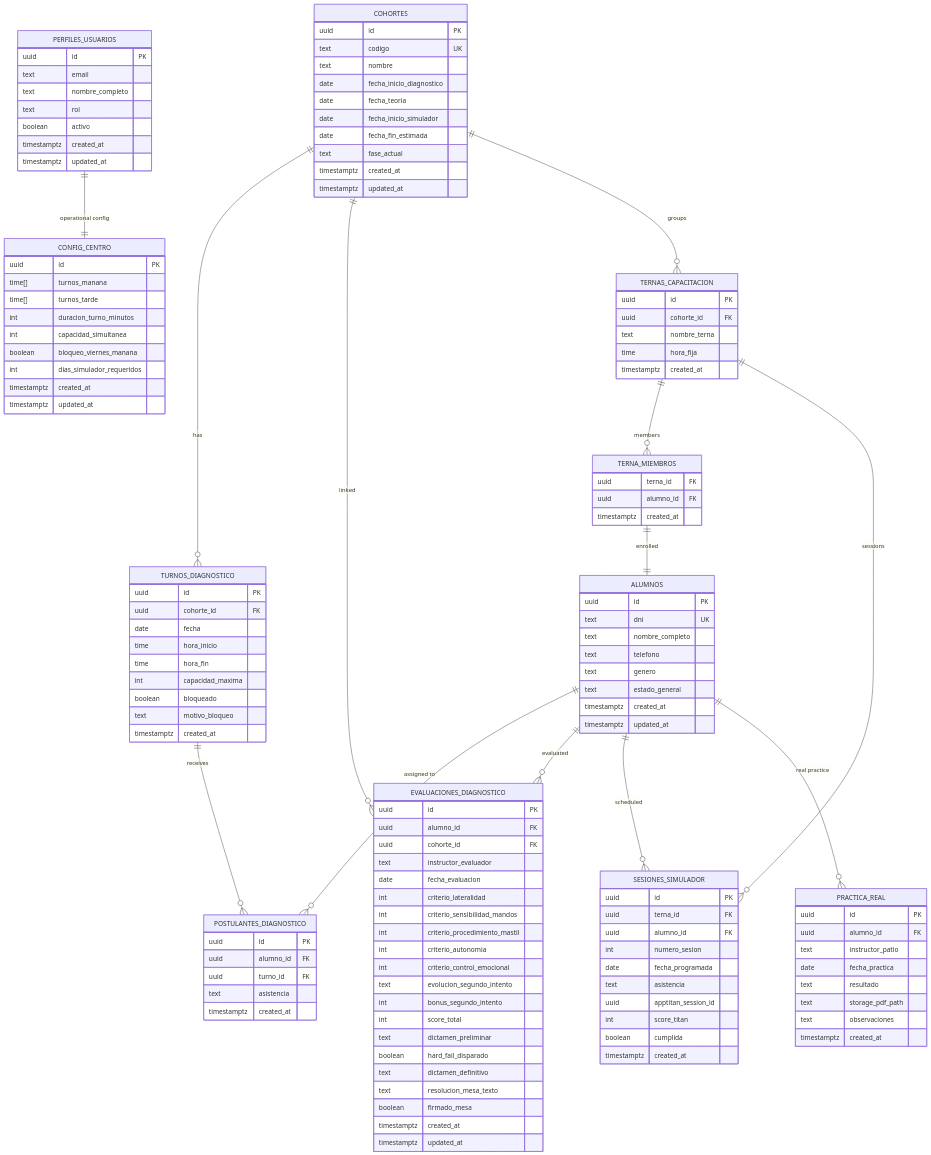
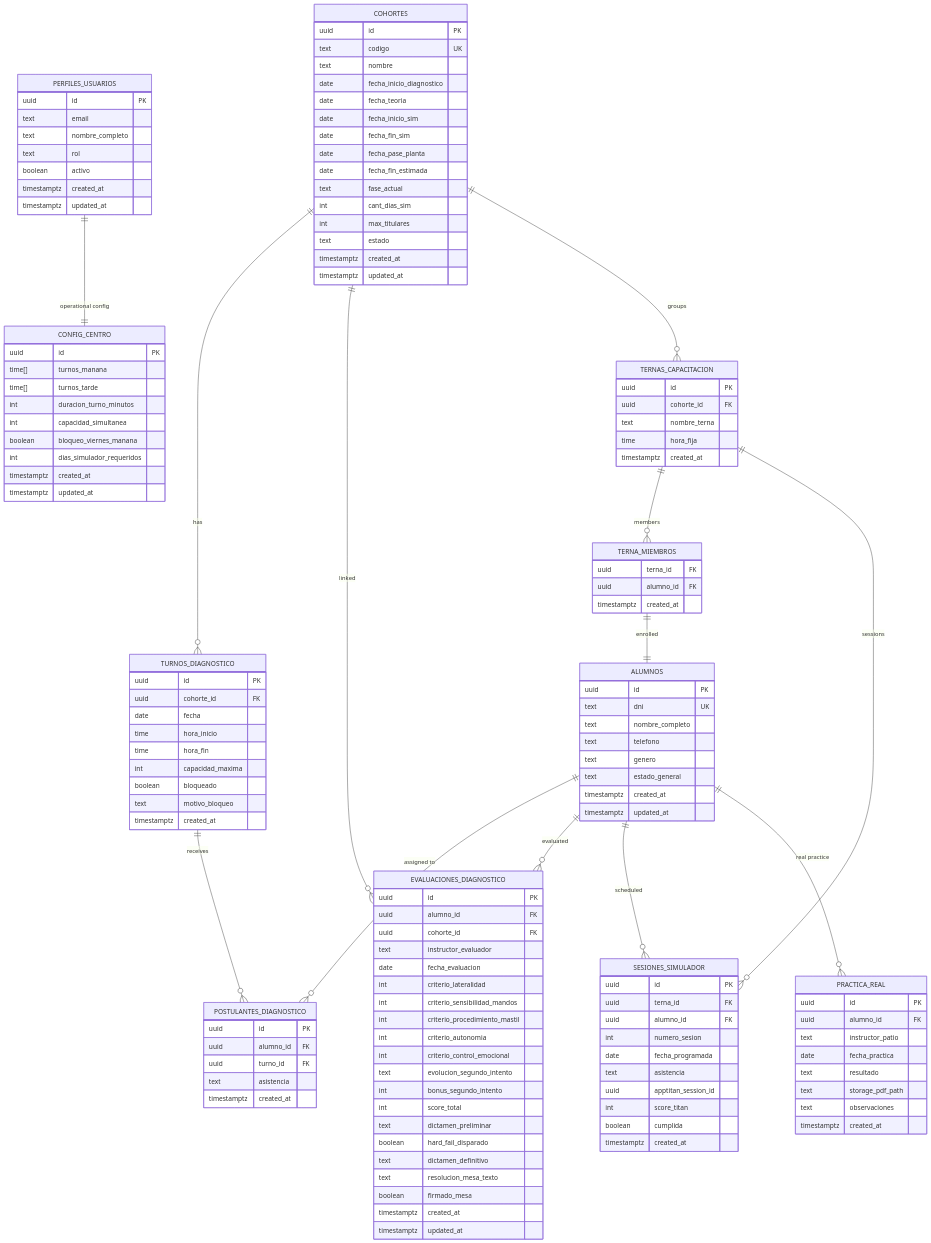
The sixth of 12 diagrams in .qoder/repowiki/en/content/Core Services & Business Logic/Admission & Cohort Management System.md (AgusCatra/simu-twin-web), drawn with Mermaid before and after one commit. The commit also changed other lines of this file and 25 other files, not shown here.

```diff
--- a/.qoder/repowiki/en/content/Core Services & Business Logic/Admission & Cohort Management System.md
+++ b/.qoder/repowiki/en/content/Core Services & Business Logic/Admission & Cohort Management System.md
@@ -176,9 +285,14 @@
 text nombre
 date fecha_inicio_diagnostico
 date fecha_teoria
-date fecha_inicio_simulador
+date fecha_inicio_sim
+date fecha_fin_sim
+date fecha_pase_planta
 date fecha_fin_estimada
 text fase_actual
+int cant_dias_sim
+int max_titulares
+text estado
 timestamptz created_at
 timestamptz updated_at
 }
```
